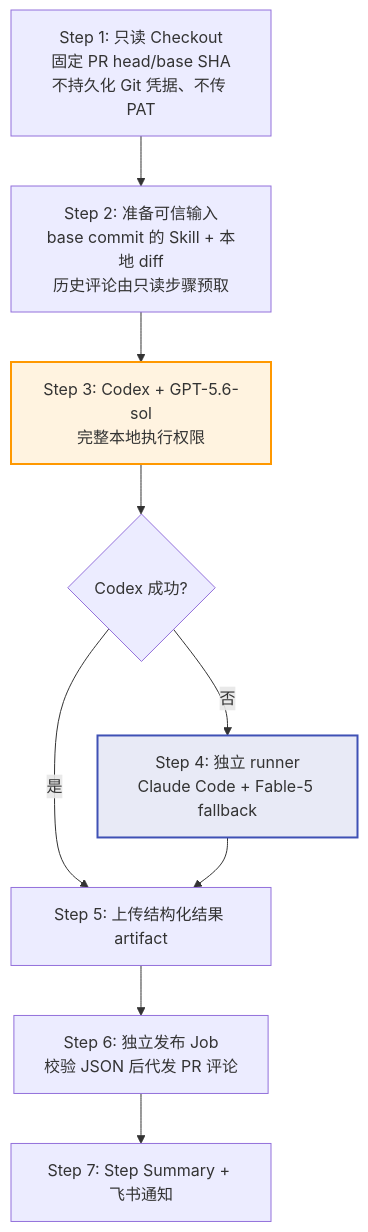
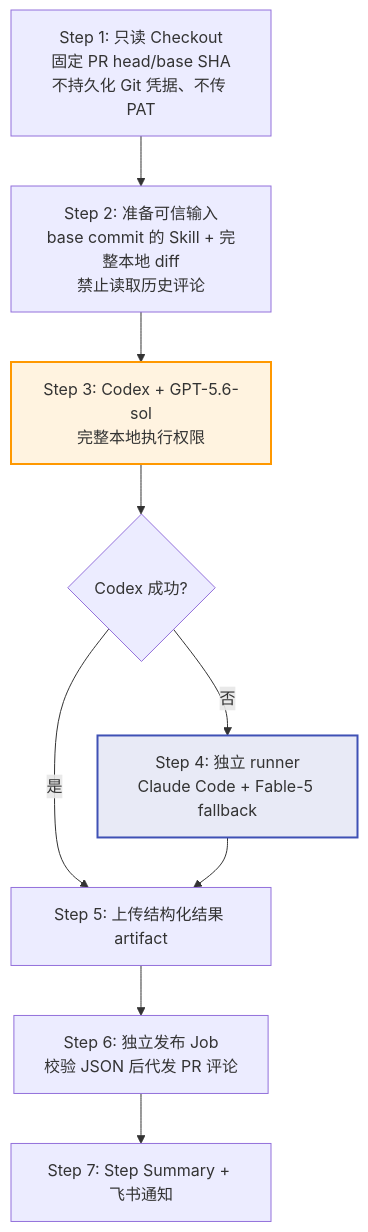
The fourth of 13 diagrams in docs/code-review-design.md (Lightspeed-Intelligence/agentic-workflow-template), drawn with Mermaid before and after one commit. The commit also changed 1 other file, not shown here.

Commit message:
fix(pr-review): isolate model keys from CLI installation

````diff
--- a/docs/code-review-design.md
+++ b/docs/code-review-design.md
@@ -124,19 +124,19 @@
 ```mermaid
 flowchart TD
     A["Step 1: 只读 Checkout<br/>固定 PR head/base SHA<br/>不持久化 Git 凭据、不传 PAT"]
-    B["Step 2: 准备可信输入<br/>base commit 的 Skill + 本地 diff<br/>历史评论由只读步骤预取"]
+    B["Step 2: 准备可信输入<br/>base commit 的 Skill + 完整本地 diff<br/>禁止读取历史评论"]
     C["Step 3: Codex + GPT-5.6-sol<br/>完整本地执行权限"]
     D{"Codex 成功?"}
     E["Step 4: 独立 runner<br/>Claude Code + Fable-5 fallback"]
     F["Step 5: 上传结构化结果 artifact"]
     G["Step 6: 独立发布 Job<br/>校验 JSON 后代发 PR 评论"]
     H["Step 7: Step Summary + 飞书通知"]
 
     A --> B --> C --> D
     D -->|是| F
     D -->|否| E --> F
     F --> G --> H
 
     style C fill:#fff3e0,stroke:#FF9800,stroke-width:2px
     style E fill:#e8eaf6,stroke:#3F51B5,stroke-width:2px
 ```
````
